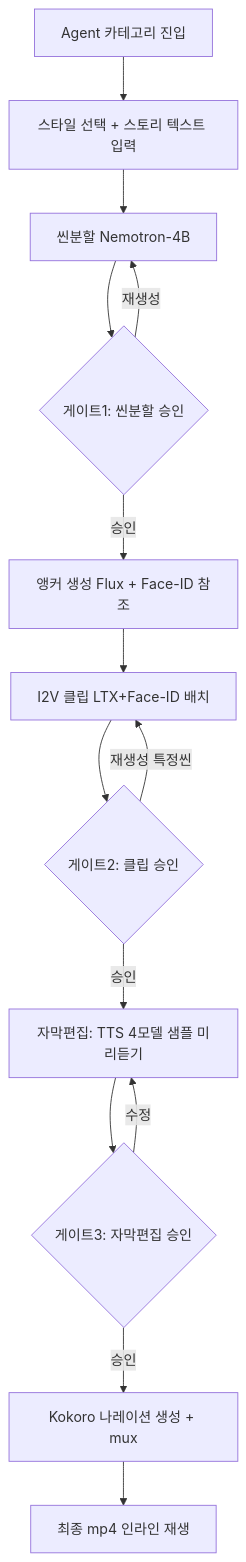
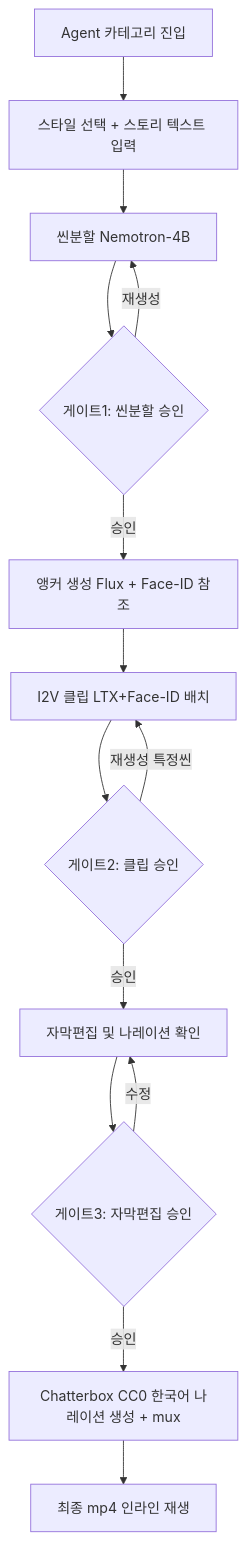
The third of 5 diagrams in docs/UserFlow.md (hayeon3203/DaolVision), drawn with Mermaid before and after one commit. The commit also changed other lines of this file and 21 other files, not shown here.

````diff
--- a/docs/UserFlow.md
+++ b/docs/UserFlow.md
@@ -44,16 +44,16 @@
 ```mermaid
 flowchart TD
     A[Agent 카테고리 진입] --> B[스타일 선택 + 스토리 텍스트 입력]
     B --> C[씬분할 Nemotron-4B]
     C --> G1{게이트1: 씬분할 승인}
     G1 -->|재생성| C
     G1 -->|승인| D[앵커 생성 Flux + Face-ID 참조]
     D --> E[I2V 클립 LTX+Face-ID 배치]
     E --> G2{게이트2: 클립 승인}
     G2 -->|재생성 특정씬| E
-    G2 -->|승인| F[자막편집: TTS 4모델 샘플 미리듣기]
+    G2 -->|승인| F[자막편집 및 나레이션 확인]
     F --> G3{게이트3: 자막편집 승인}
     G3 -->|수정| F
-    G3 -->|승인| H[Kokoro 나레이션 생성 + mux]
+    G3 -->|승인| H[Chatterbox CC0 한국어 나레이션 생성 + mux]
     H --> I[최종 mp4 인라인 재생]
 ```
````
